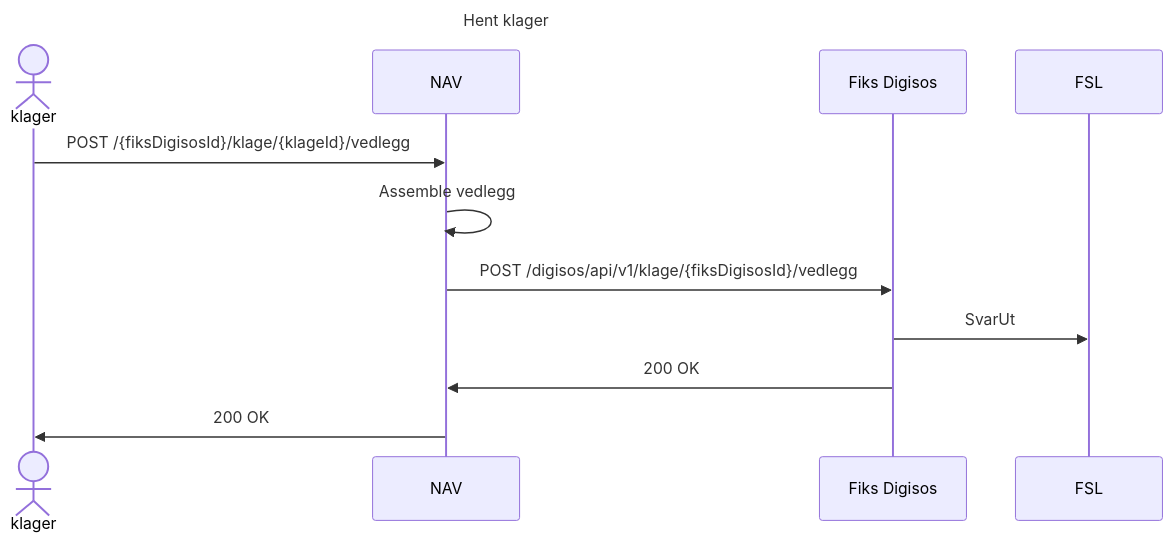
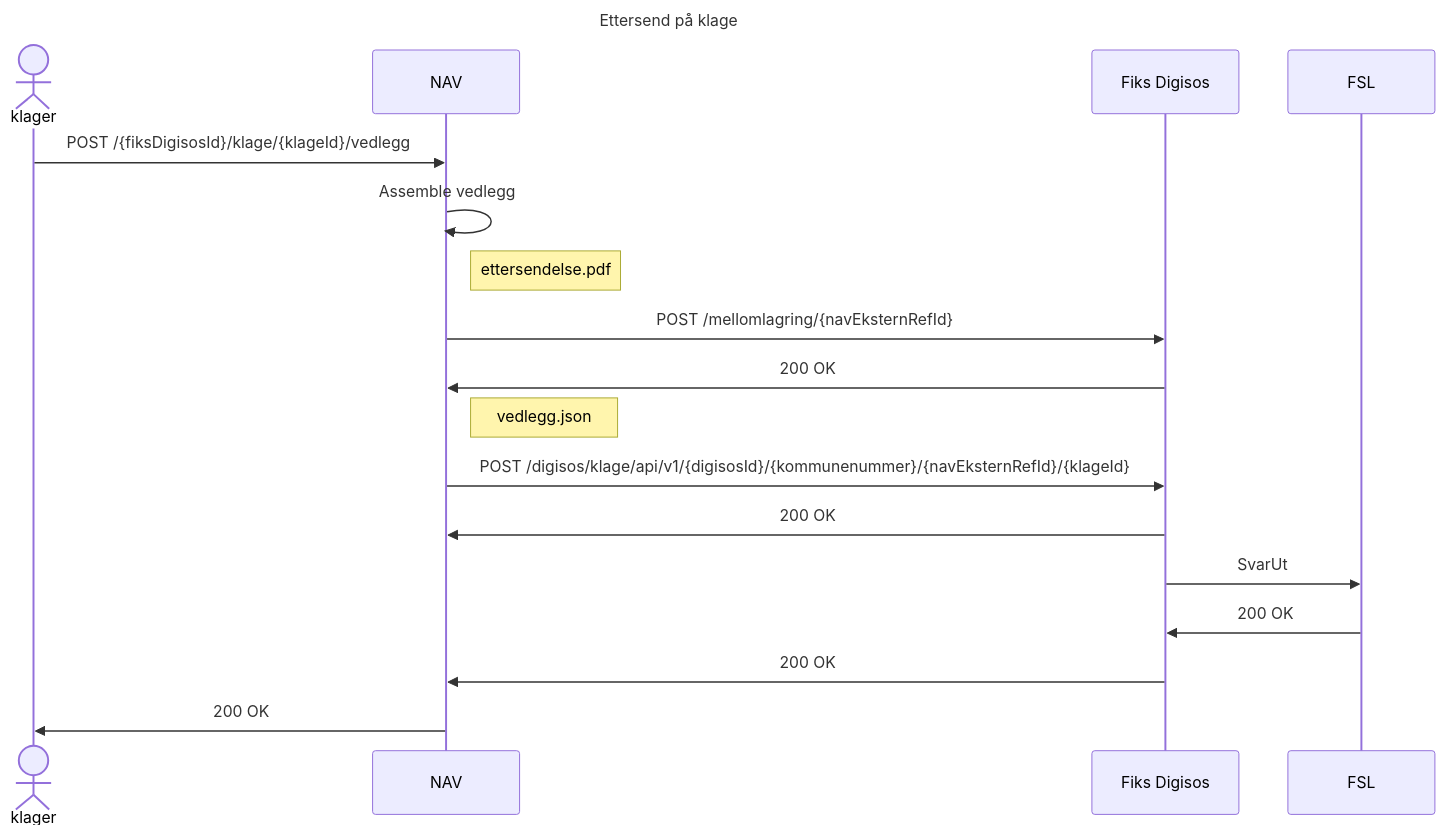
Before and after one commit to navikt/soknadsosialhjelp-filformat: the fourth of 8 diagrams in klage-filformat.md, drawn with Mermaid. The commit also changed other lines of this file, not shown here.

First line of the commit message:
Update klage-filformat.md

````diff
--- a/klage-filformat.md
+++ b/klage-filformat.md
@@ -47,15 +65,21 @@
 ```mermaid
 sequenceDiagram
-    title Hent klager
+    title Ettersend på klage
     actor klager
     participant NAV
     participant Fiks Digisos
     participant FSL
     
     klager->>NAV: POST /{fiksDigisosId}/klage/{klageId}/vedlegg
     NAV->>NAV: Assemble vedlegg
-    NAV->>Fiks Digisos: POST /digisos/api/v1/klage/{fiksDigisosId}/vedlegg
+    Note right of NAV: ettersendelse.pdf
+    NAV->>Fiks Digisos: POST /mellomlagring/{navEksternRefId}
+    Fiks Digisos->>NAV: 200 OK
+    Note right of NAV: vedlegg.json
+    NAV->>Fiks Digisos: POST /digisos/klage/api/v1/{digisosId}/{kommunenummer}/{navEksternRefId}/{klageId}
+    Fiks Digisos->>NAV: 200 OK
     Fiks Digisos->>FSL: SvarUt
+    FSL->>Fiks Digisos: 200 OK
     Fiks Digisos->>NAV: 200 OK
     NAV->>klager: 200 OK
 ```
````
